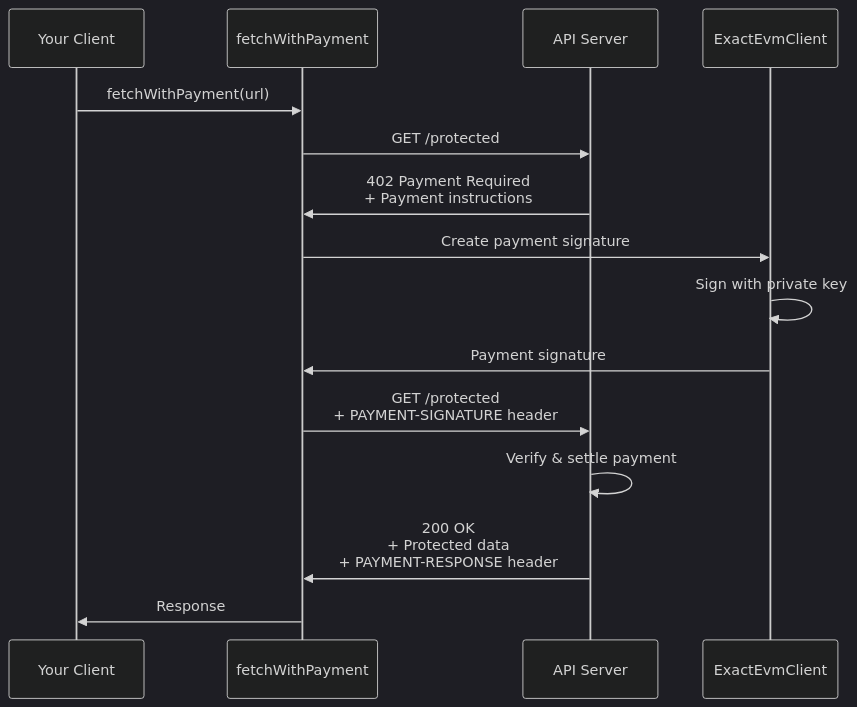
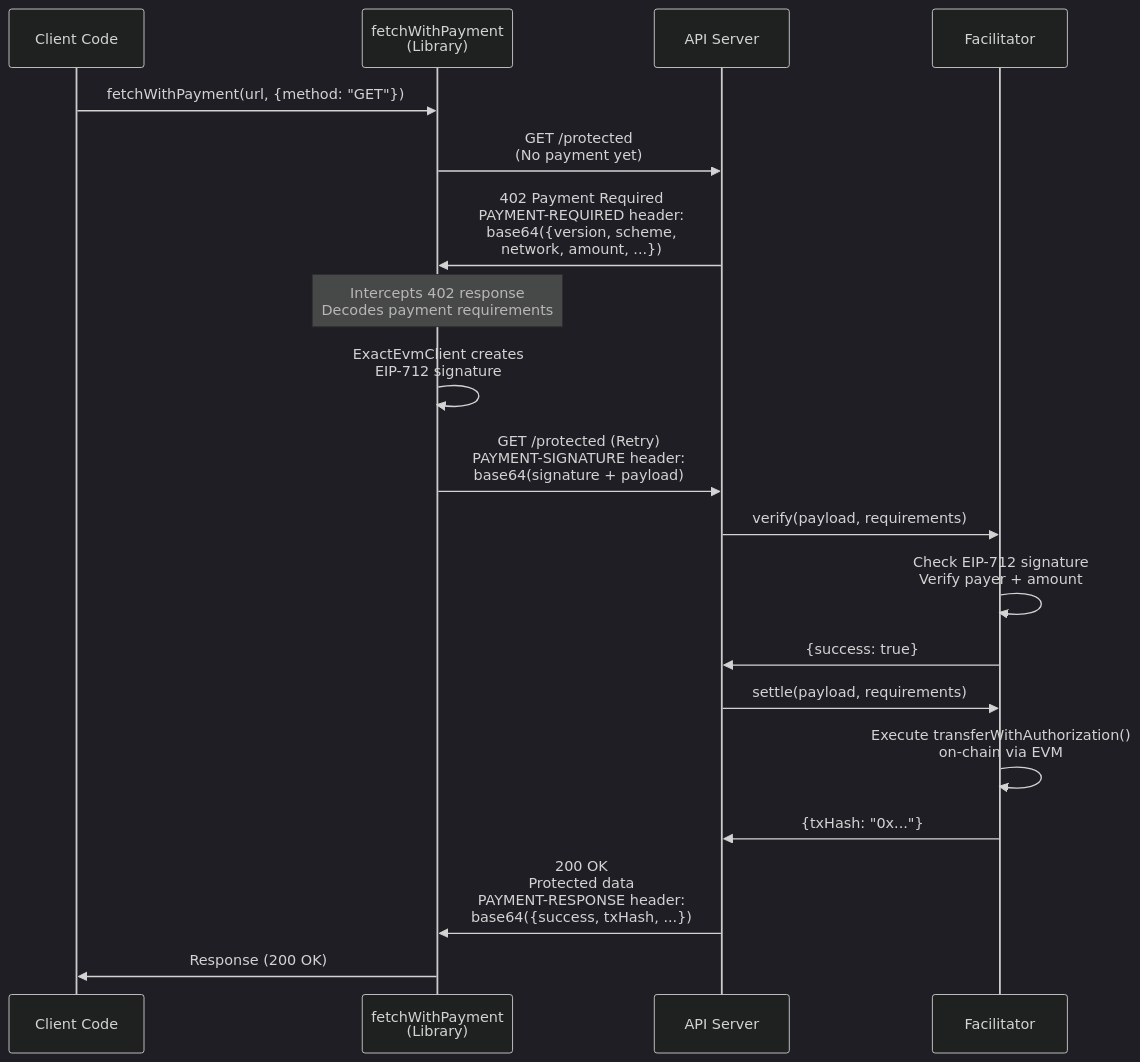
One commit to ryanRfox/x402 changed the diagram in docs/00-getting-started/quick-start-client.md. Above: the diagram before and after it, drawn with Mermaid (dark theme). The commit also changed other lines of this file, not shown here.

Commit message:
docs: fix client payment flow diagram and clarify wrapper behavior
- Correct sequence diagram to show actual flow: initial request, 402 response, retry with payment
- Add proper entities: Client Code, fetchWithPayment (Library), API Server, Facilitator
- Remove incorrect intermediate 'Fetch' and 'EVM' participants
- Add payload details for each header (PAYMENT-REQUIRED, PAYMENT-SIGNATURE, PAYMENT-RESPONSE)
- Show base64 encoding in headers with example structure
- Document Facilitator verify/settle operations on-chain
- Clarify that fetchWithPayment doesn't know upfront which endpoints need payment
- Explain automatic 402 detection and retry logic
- Fix misleading description of ExactEvmClient role

````diff
--- a/docs/00-getting-started/quick-start-client.md
+++ b/docs/00-getting-started/quick-start-client.md
@@ -361,20 +367,30 @@
 ```mermaid
 sequenceDiagram
-    participant Client as Your Client
-    participant Fetch as fetchWithPayment
+    participant Client as Client Code
+    participant FetchLib as fetchWithPayment<br/>(Library)
     participant Server as API Server
-    participant EVM as ExactEvmClient
+    participant Facilitator as Facilitator
 
-    Client->>Fetch: fetchWithPayment(url)
-    Fetch->>Server: GET /protected
-    Server->>Fetch: 402 Payment Required<br/>+ Payment instructions
+    Client->>FetchLib: fetchWithPayment(url, {method: "GET"})
 
-    Fetch->>EVM: Create payment signature
-    EVM->>EVM: Sign with private key
-    EVM->>Fetch: Payment signature
+    FetchLib->>Server: GET /protected<br/>(No payment yet)
+    Server->>FetchLib: 402 Payment Required<br/>PAYMENT-REQUIRED header:<br/>base64({version, scheme,<br/>network, amount, ...})
 
-    Fetch->>Server: GET /protected<br/>+ PAYMENT-SIGNATURE header
-    Server->>Server: Verify & settle payment
-    Server->>Fetch: 200 OK<br/>+ Protected data<br/>+ PAYMENT-RESPONSE header
-    Fetch->>Client: Response
+    Note over FetchLib: Intercepts 402 response<br/>Decodes payment requirements
+
+    FetchLib->>FetchLib: ExactEvmClient creates<br/>EIP-712 signature
+
+    FetchLib->>Server: GET /protected (Retry)<br/>PAYMENT-SIGNATURE header:<br/>base64(signature + payload)
+
+    Server->>Facilitator: verify(payload, requirements)
+    Facilitator->>Facilitator: Check EIP-712 signature<br/>Verify payer + amount
+    Facilitator->>Server: {success: true}
+
+    Server->>Facilitator: settle(payload, requirements)
+    Facilitator->>Facilitator: Execute transferWithAuthorization()<br/>on-chain via EVM
+    Facilitator->>Server: {txHash: "0x..."}
+
+    Server->>FetchLib: 200 OK<br/>Protected data<br/>PAYMENT-RESPONSE header:<br/>base64({success, txHash, ...})
+
+    FetchLib->>Client: Response (200 OK)
 ```
````
